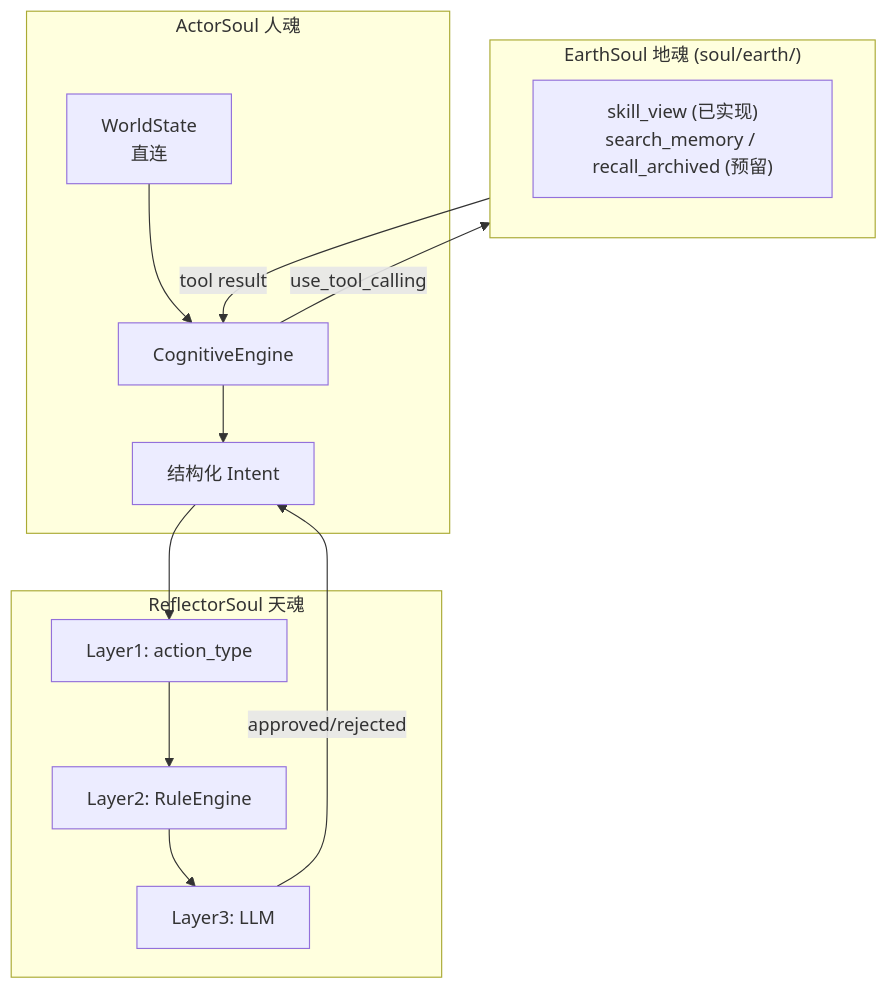
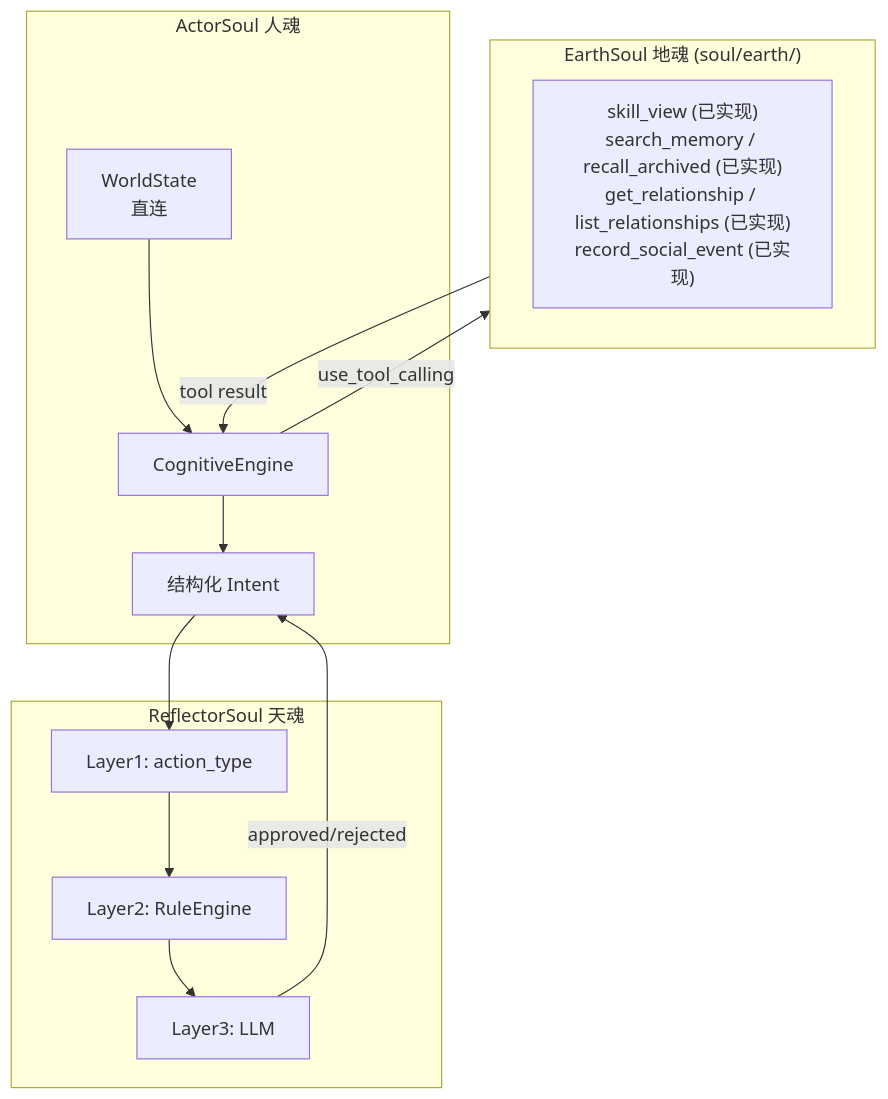
One commit to 8kugames/Cyber-Jianghu changed the third of 14 diagrams in docs/features/flow.md. Above: the diagram before and after it, drawn with Mermaid. The commit also changed other lines of this file and 6 other files, not shown here.

````diff
--- a/docs/features/flow.md
+++ b/docs/features/flow.md
@@ -89,27 +89,27 @@
 ```mermaid
 graph TB
     subgraph Actor["ActorSoul 人魂"]
         WorldState["WorldState<br/>直连"]
         Cognitive["CognitiveEngine"]
         Intent["结构化 Intent"]
     end
 
     subgraph Earth["EarthSoul 地魂 (soul/earth/)"]
-        Tools["skill_view (已实现)<br/>search_memory / recall_archived (预留)"]
+        Tools["skill_view (已实现)<br/>search_memory / recall_archived (已实现)<br/>get_relationship / list_relationships (已实现)<br/>record_social_event (已实现)"]
     end
 
     subgraph Reflector["ReflectorSoul 天魂"]
         Layer1["Layer1: action_type"]
         Layer2["Layer2: RuleEngine"]
         Layer3["Layer3: LLM"]
     end
 
     WorldState --> Cognitive
     Cognitive --> Intent
     Cognitive -->|"use_tool_calling"| Earth
     Earth -->|"tool result"| Cognitive
     Intent --> Layer1
     Layer1 --> Layer2
     Layer2 --> Layer3
     Layer3 -->|"approved/rejected"| Intent
 ```
````
